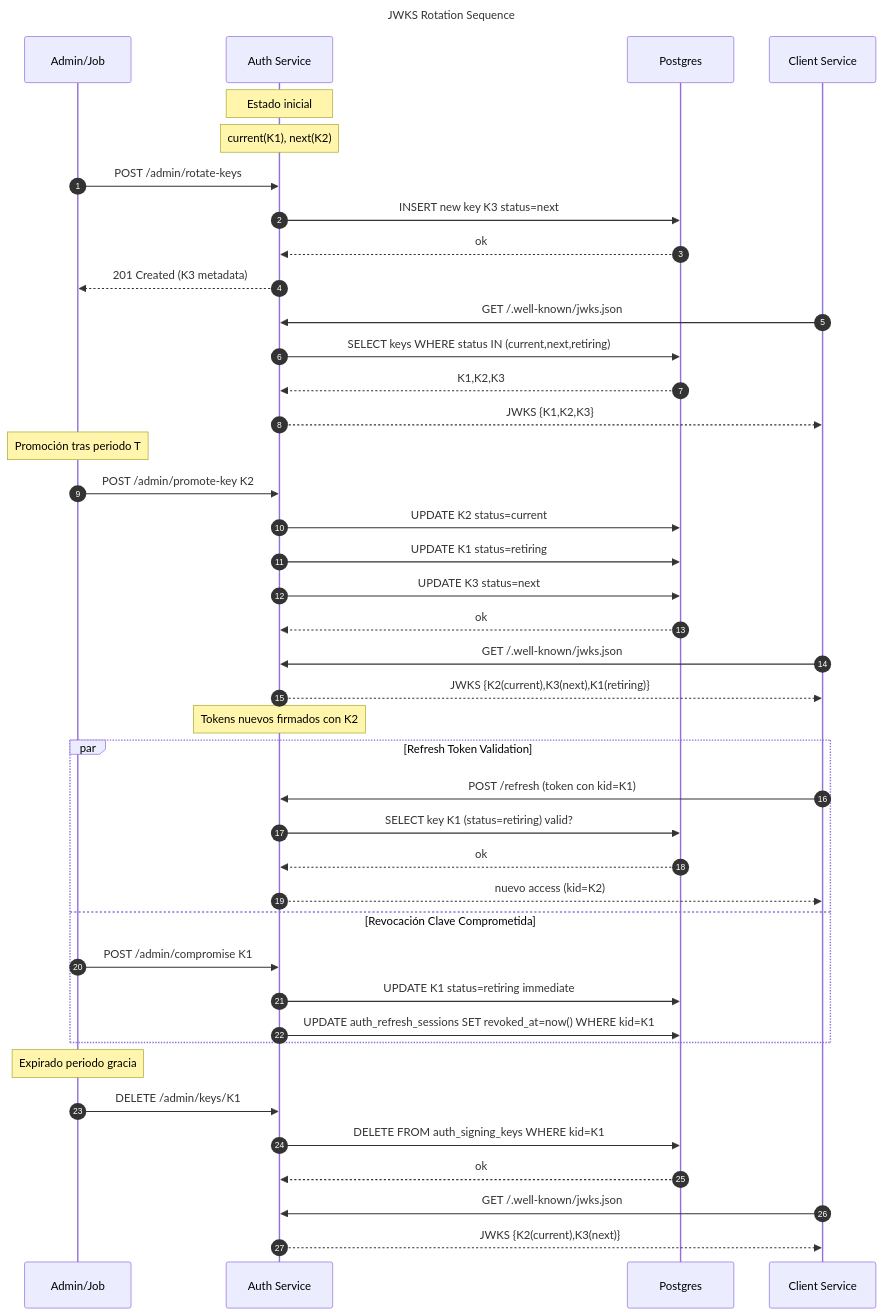
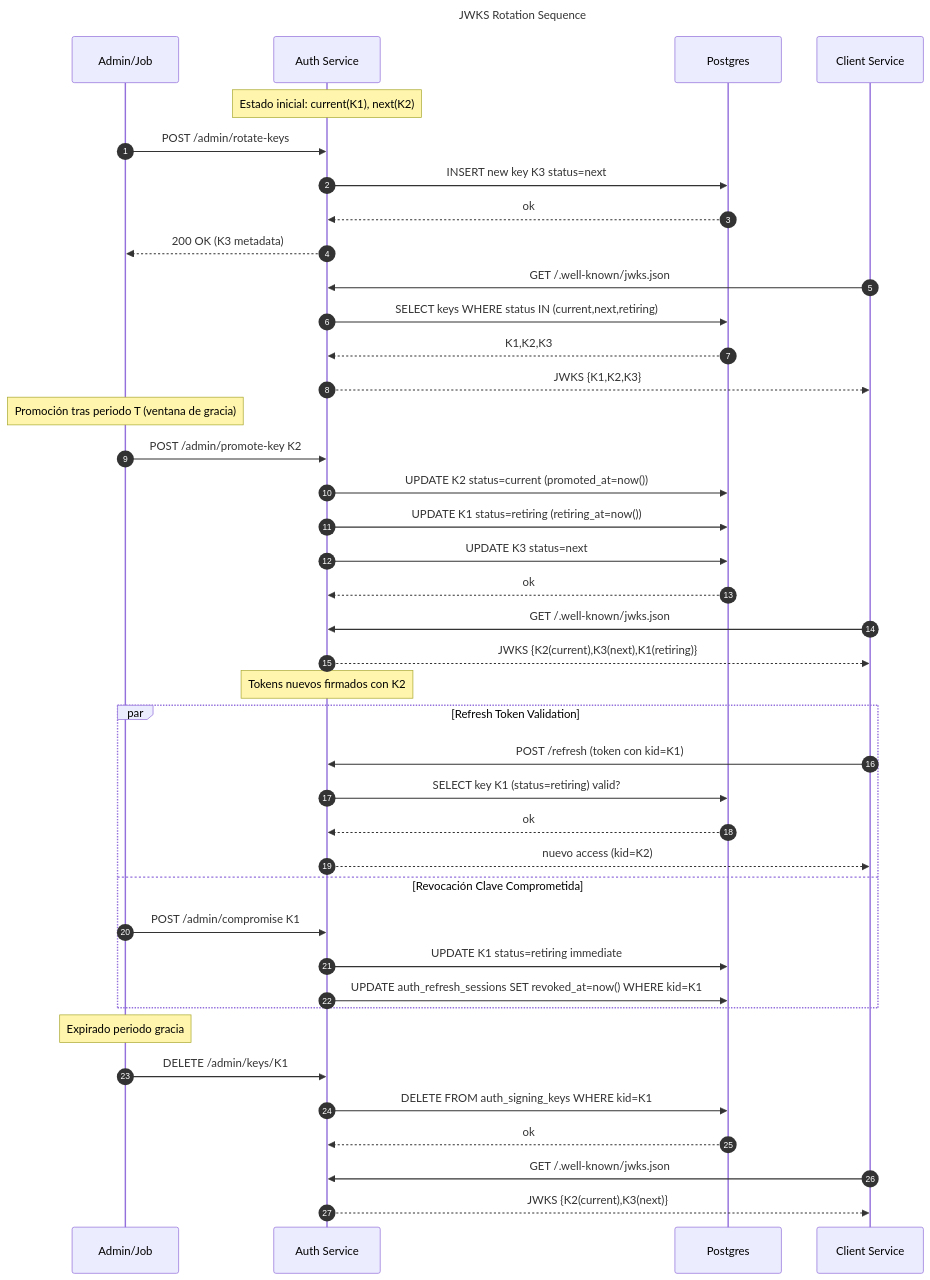
Before and after one commit to latamteks-cmyk/SmartEdify_V0: the diagram in docs/design/diagrams/jwks-rotation-sequence.mmd, drawn with Mermaid. The commit also changed 18 other files, not shown here.

Commit message:
docs: update documentation and diagrams

```diff
--- a/docs/design/diagrams/jwks-rotation-sequence.mmd
+++ b/docs/design/diagrams/jwks-rotation-sequence.mmd
@@ -1,54 +1,53 @@
 ---
 title: JWKS Rotation Sequence
 ---
 sequenceDiagram
     autonumber
     participant Admin as Admin/Job
     participant Auth as Auth Service
     participant DB as Postgres
     participant Client as Client Service
 
-    Note over Auth: Estado inicial
-    Note over Auth: current(K1), next(K2)
+    Note over Auth: Estado inicial: current(K1), next(K2)
 
     Admin->>Auth: POST /admin/rotate-keys
     Auth->>DB: INSERT new key K3 status=next
     DB-->>Auth: ok
-    Auth-->>Admin: 201 Created (K3 metadata)
+    Auth-->>Admin: 200 OK (K3 metadata)
 
     Client->>Auth: GET /.well-known/jwks.json
     Auth->>DB: SELECT keys WHERE status IN (current,next,retiring)
     DB-->>Auth: K1,K2,K3
     Auth-->>Client: JWKS {K1,K2,K3}
 
-    Note over Admin: Promoción tras periodo T
+    Note over Admin: Promoción tras periodo T (ventana de gracia)
 
     Admin->>Auth: POST /admin/promote-key K2
-    Auth->>DB: UPDATE K2 status=current
-    Auth->>DB: UPDATE K1 status=retiring
+    Auth->>DB: UPDATE K2 status=current (promoted_at=now())
+    Auth->>DB: UPDATE K1 status=retiring (retiring_at=now())
     Auth->>DB: UPDATE K3 status=next
     DB-->>Auth: ok
 
     Client->>Auth: GET /.well-known/jwks.json
     Auth-->>Client: JWKS {K2(current),K3(next),K1(retiring)}
 
     Note over Auth: Tokens nuevos firmados con K2
 
     par Refresh Token Validation
         Client->>Auth: POST /refresh (token con kid=K1)
         Auth->>DB: SELECT key K1 (status=retiring) valid?
         DB-->>Auth: ok
         Auth-->>Client: nuevo access (kid=K2)
     and Revocación Clave Comprometida
         Admin->>Auth: POST /admin/compromise K1
         Auth->>DB: UPDATE K1 status=retiring immediate
         Auth->>DB: UPDATE auth_refresh_sessions SET revoked_at=now() WHERE kid=K1
     end
 
     Note over Admin: Expirado periodo gracia
     Admin->>Auth: DELETE /admin/keys/K1
     Auth->>DB: DELETE FROM auth_signing_keys WHERE kid=K1
     DB-->>Auth: ok
 
     Client->>Auth: GET /.well-known/jwks.json
     Auth-->>Client: JWKS {K2(current),K3(next)}
```
